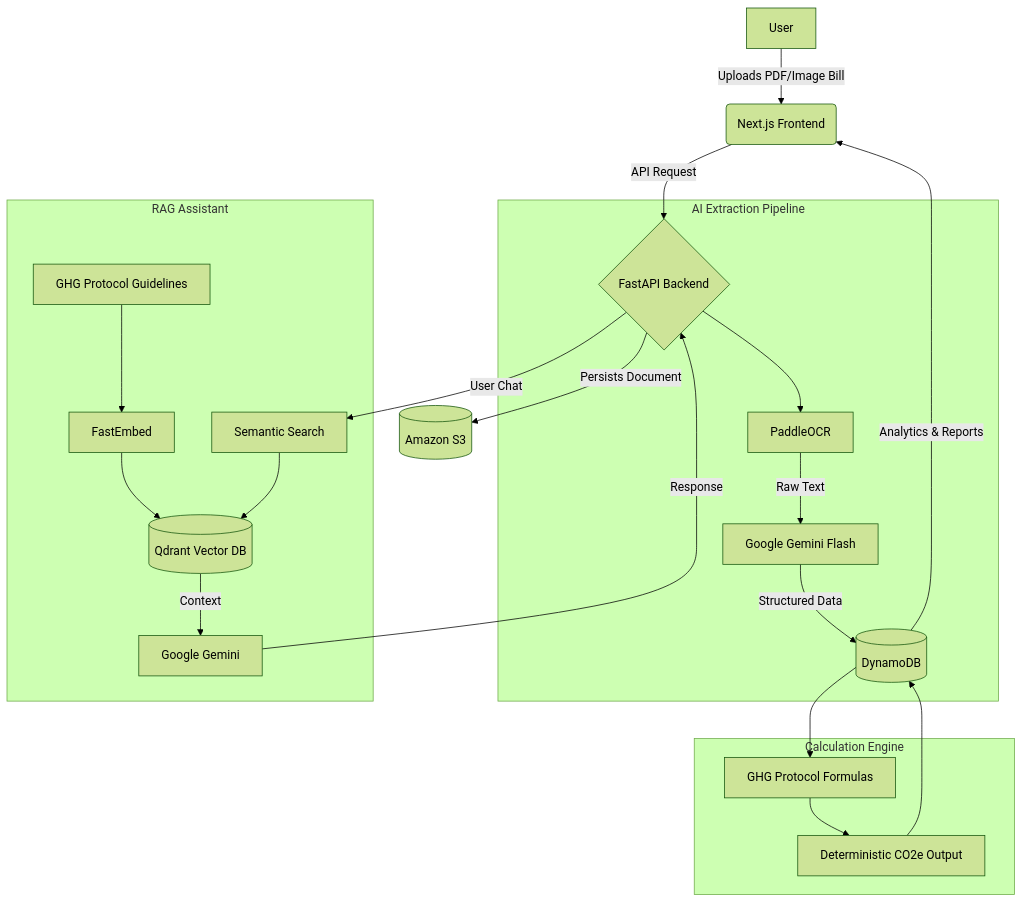
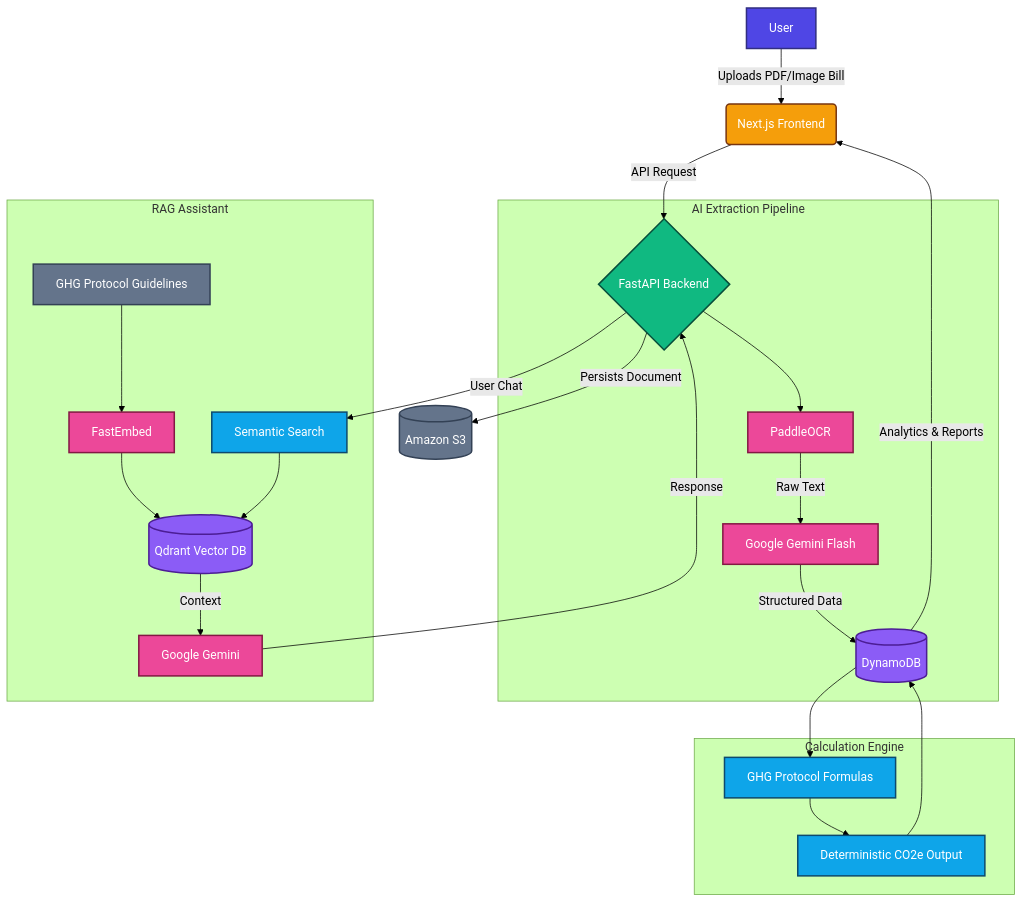
Before and after one commit to Harshitshinde96/carbon-auditor: the diagram in README.md, drawn with Mermaid (forest theme).

Commit message:
docs: improve README styling and colorize architecture diagram

````diff
--- a/README.md
+++ b/README.md
@@ -66,29 +66,38 @@
 ```mermaid
 flowchart TD
-    A[User] -->|Uploads PDF/Image Bill| B(Next.js Frontend)
-    B -->|API Request| C{FastAPI Backend}
+    %% Node Styling
+    classDef user fill:#4f46e5,stroke:#312e81,stroke-width:2px,color:#fff
+    classDef frontend fill:#f59e0b,stroke:#78350f,stroke-width:2px,color:#fff
+    classDef backend fill:#10b981,stroke:#064e3b,stroke-width:2px,color:#fff
+    classDef ai fill:#ec4899,stroke:#831843,stroke-width:2px,color:#fff
+    classDef db fill:#8b5cf6,stroke:#4c1d95,stroke-width:2px,color:#fff
+    classDef logic fill:#0ea5e9,stroke:#0c4a6e,stroke-width:2px,color:#fff
+    classDef storage fill:#64748b,stroke:#334155,stroke-width:2px,color:#fff
+
+    A[User]:::user -->|Uploads PDF/Image Bill| B(Next.js Frontend):::frontend
+    B -->|API Request| C{FastAPI Backend}:::backend
     
     subgraph AI Extraction Pipeline
-        C --> D[PaddleOCR]
-        D -->|Raw Text| E[Google Gemini Flash]
-        E -->|Structured Data| F[(DynamoDB)]
+        C --> D[PaddleOCR]:::ai
+        D -->|Raw Text| E[Google Gemini Flash]:::ai
+        E -->|Structured Data| F[(DynamoDB)]:::db
     end
 
     subgraph Calculation Engine
-        F --> G[GHG Protocol Formulas]
-        G --> H[Deterministic CO2e Output]
+        F --> G[GHG Protocol Formulas]:::logic
+        G --> H[Deterministic CO2e Output]:::logic
         H --> F
     end
 
     subgraph RAG Assistant
-        I[GHG Protocol Guidelines] --> J[FastEmbed]
-        J --> K[(Qdrant Vector DB)]
-        C -->|User Chat| L[Semantic Search]
+        I[GHG Protocol Guidelines]:::storage --> J[FastEmbed]:::ai
+        J --> K[(Qdrant Vector DB)]:::db
+        C -->|User Chat| L[Semantic Search]:::logic
         L --> K
-        K -->|Context| M[Google Gemini]
+        K -->|Context| M[Google Gemini]:::ai
         M -->|Response| C
     end
 
-    C -->|Persists Document| N[(Amazon S3)]
+    C -->|Persists Document| N[(Amazon S3)]:::storage
     F -->|Analytics & Reports| B
 ```
````
